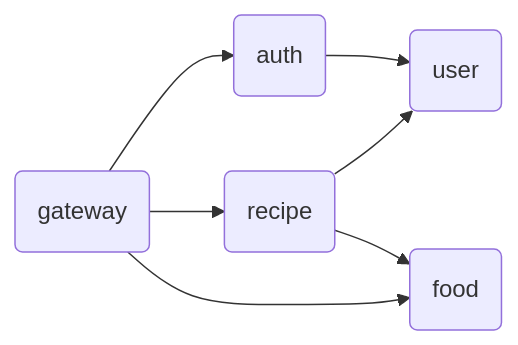
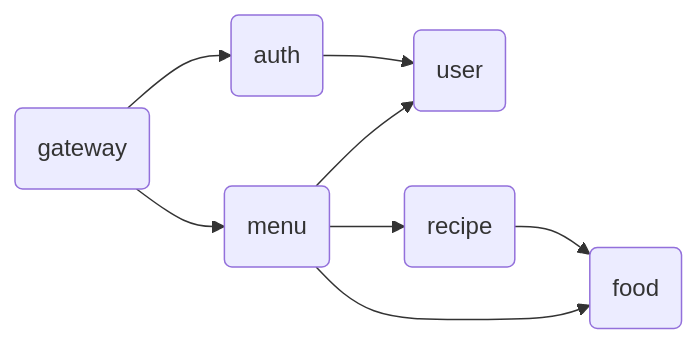
Before and after one commit to moromin/PFC-balancer: the diagram in README.md, drawn with Mermaid. The commit also changed other lines of this file and 2 other files, not shown here.

Commit message:
docs: modify services diagram and port

````diff
--- a/README.md
+++ b/README.md
@@ -3,9 +3,10 @@
 ```mermaid
 graph LR;
     A(gateway) --> B(auth)
-    A --> C(recipe)
-    A --> E(food)
+    A --> C(menu)
     B --> D(user)
     C --> D
-    C --> E
+    C --> E(recipe)
+    E --> F(food)
+    C --> F
 ```
````
